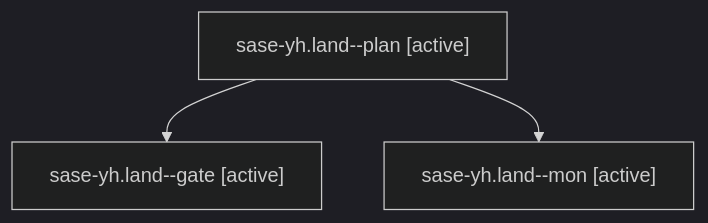
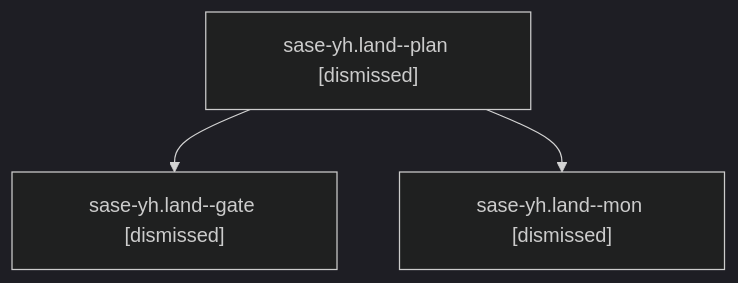
The diagram in sessions/bbugyi200.athena.sase-yh.land.md (sase-org/sase--agents), drawn with Mermaid (dark theme) before and after one commit. The commit also changed other lines of this file and 141 other files, not shown here.

````diff
--- a/sessions/bbugyi200.athena.sase-yh.land.md
+++ b/sessions/bbugyi200.athena.sase-yh.land.md
@@ -9,8 +9,8 @@
 ```mermaid
 flowchart TD
-  n0["sase-yh.land--plan [active]"]
-  n1["sase-yh.land--gate [active]"]
+  n0["sase-yh.land--plan [dismissed]"]
+  n1["sase-yh.land--gate [dismissed]"]
   n0 --> n1
-  n2["sase-yh.land--mon [active]"]
+  n2["sase-yh.land--mon [dismissed]"]
   n0 --> n2
 ```
````
